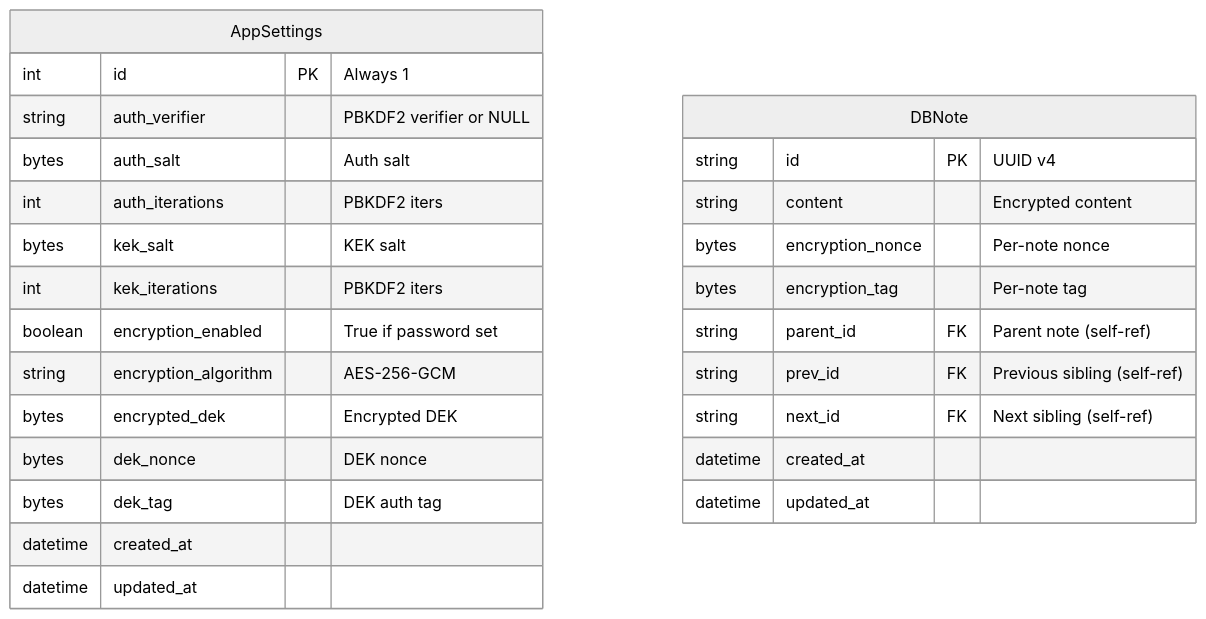
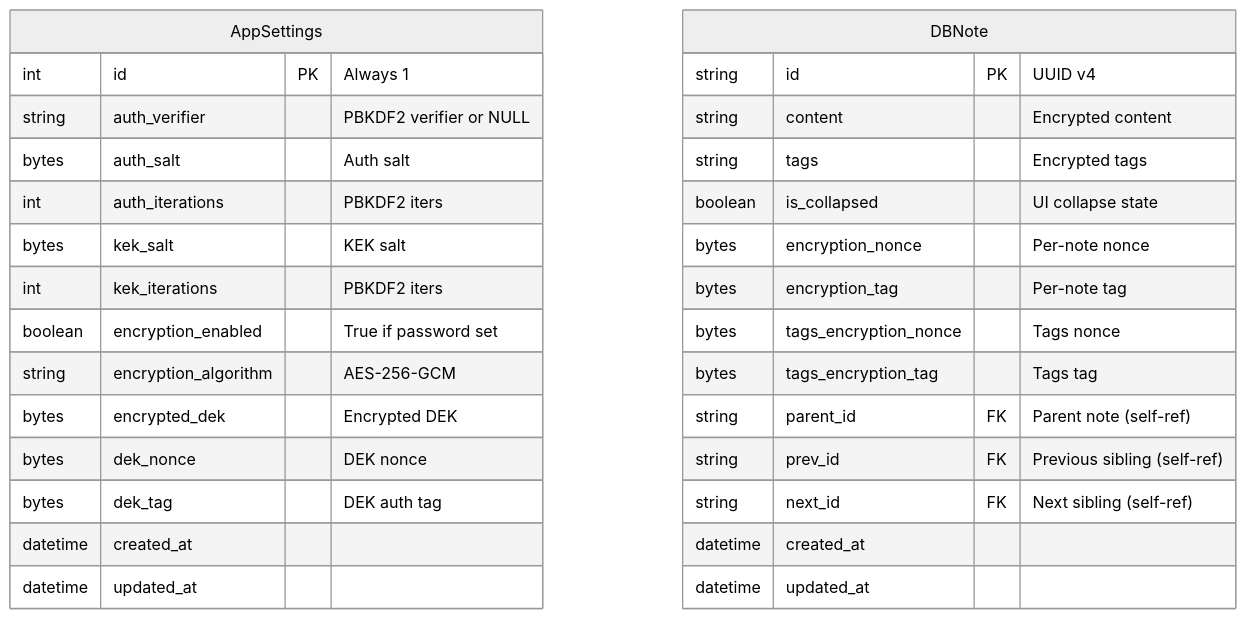
Before and after one commit to evolvingstuff/metalist: the diagram in docs/diagrams/database-schema.md, drawn with Mermaid (neutral theme). The commit also changed 7 other files, not shown here.

Commit message:
Tag bar V2: persist tags

````diff
--- a/docs/diagrams/database-schema.md
+++ b/docs/diagrams/database-schema.md
@@ -5,30 +5,34 @@
 ```mermaid
 erDiagram
     AppSettings {
         int id PK "Always 1"
         string auth_verifier "PBKDF2 verifier or NULL"
         bytes auth_salt "Auth salt"
         int auth_iterations "PBKDF2 iters"
         bytes kek_salt "KEK salt"
         int kek_iterations "PBKDF2 iters"
         boolean encryption_enabled "True if password set"
         string encryption_algorithm "AES-256-GCM"
         bytes encrypted_dek "Encrypted DEK"
         bytes dek_nonce "DEK nonce"
         bytes dek_tag "DEK auth tag"
         datetime created_at
         datetime updated_at
     }
     
     DBNote {
         string id PK "UUID v4"
         string content "Encrypted content"
+        string tags "Encrypted tags"
+        boolean is_collapsed "UI collapse state"
         bytes encryption_nonce "Per-note nonce"
         bytes encryption_tag "Per-note tag"
+        bytes tags_encryption_nonce "Tags nonce"
+        bytes tags_encryption_tag "Tags tag"
         string parent_id FK "Parent note (self-ref)"
         string prev_id FK "Previous sibling (self-ref)"
         string next_id FK "Next sibling (self-ref)"
         datetime created_at
         datetime updated_at
     }
 ```
````
